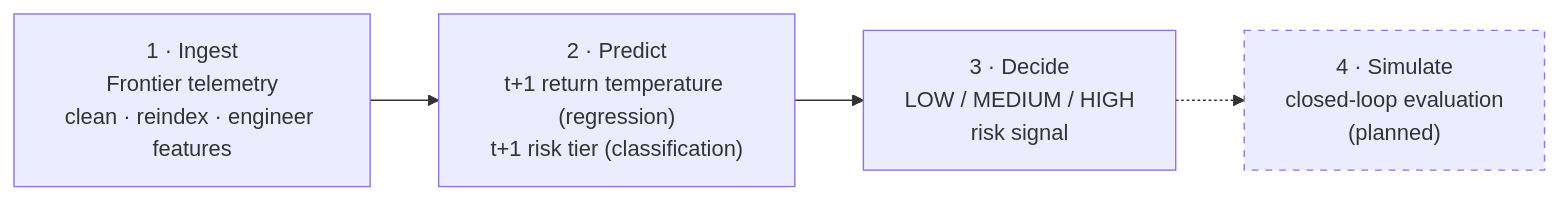
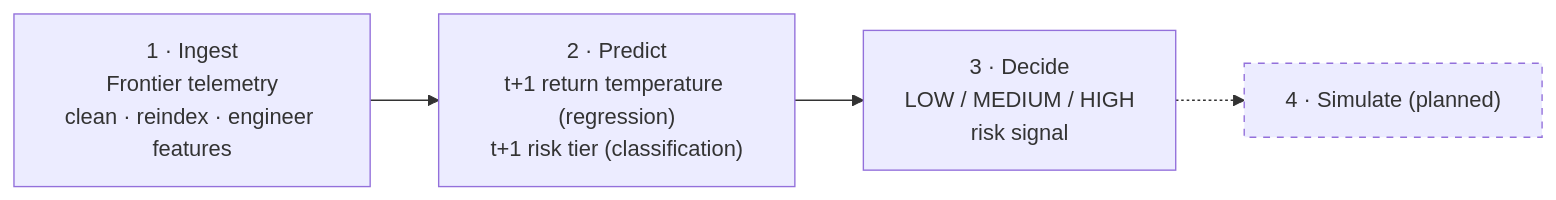
The diagram in README.md (adityajha1606/coolant-project), drawn with Mermaid before and after one commit. The commit also changed other lines of this file, not shown here.

Commit message:
docs: fix figure paths, tighten prose, improve comparison table

````diff
--- a/README.md
+++ b/README.md
@@ -98,8 +98,8 @@
 ```mermaid
 flowchart LR
     A["1 · Ingest<br/>Frontier telemetry<br/>clean · reindex · engineer features"] --> B["2 · Predict<br/>t+1 return temperature (regression)<br/>t+1 risk tier (classification)"]
     B --> C["3 · Decide<br/>LOW / MEDIUM / HIGH<br/>risk signal"]
-    C -.-> D["4 · Simulate<br/>closed-loop evaluation<br/>(planned)"]
+    C -.-> D["4 · Simulate (planned)"]
     classDef planned stroke-dasharray: 5 5
     class D planned
 ```
````
